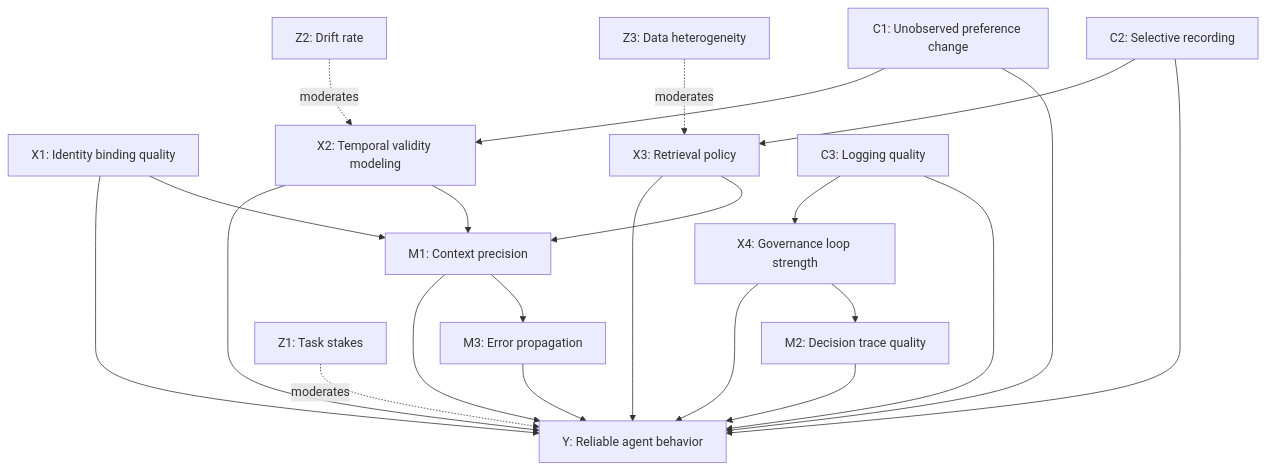
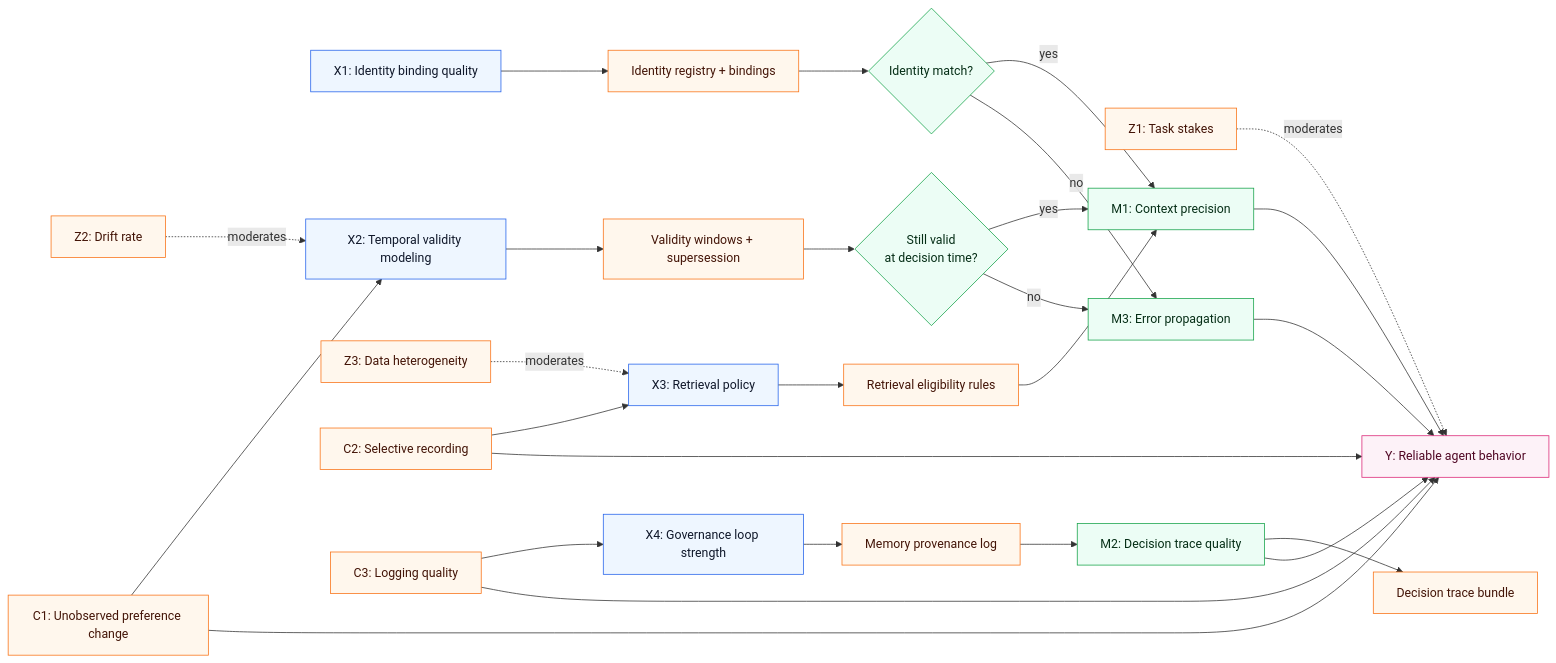
The first of 3 diagrams in docs/blog/posts/memory-needs-identity-governance-and-decay.md (5Reasons/5reasons.github.io), drawn with Mermaid before and after one commit. The commit also changed other lines of this file and 14 other files, not shown here.

First line of the commit message:
Refactor diagrams and improve clarity in blog posts and case studies

````diff
--- a/docs/blog/posts/memory-needs-identity-governance-and-decay.md
+++ b/docs/blog/posts/memory-needs-identity-governance-and-decay.md
@@ -72,31 +72,68 @@
 ```mermaid
-graph TD;
-  Y["Y: Reliable agent behavior"];
+flowchart LR
+  %% Inputs
+  X1["X1: Identity binding quality"]:::i
+  X2["X2: Temporal validity modeling"]:::i
+  X3["X3: Retrieval policy"]:::i
+  X4["X4: Governance loop strength"]:::i
 
-  X1["X1: Identity binding quality"] --> Y;
-  X2["X2: Temporal validity modeling"] --> Y;
-  X3["X3: Retrieval policy"] --> Y;
-  X4["X4: Governance loop strength"] --> Y;
+  %% Confounders / moderators
+  Z1["Z1: Task stakes"]:::r
+  Z2["Z2: Drift rate"]:::r
+  Z3["Z3: Data heterogeneity"]:::r
+  C1["C1: Unobserved preference change"]:::r
+  C2["C2: Selective recording"]:::r
+  C3["C3: Logging quality"]:::r
 
-  X1 --> M1["M1: Context precision"];
-  X2 --> M1;
-  X3 --> M1;
-  M1 --> Y;
+  %% Eligibility gates
+  G1{"Identity match?"}:::p
+  G2{"Still valid<br>at decision time?"}:::p
 
-  X4 --> M2["M2: Decision trace quality"];
-  M2 --> Y;
+  %% Mediators
+  M1["M1: Context precision"]:::p
+  M2["M2: Decision trace quality"]:::p
+  M3["M3: Error propagation"]:::p
 
-  M1 --> M3["M3: Error propagation"];
-  M3 --> Y;
+  %% Records / artifacts
+  R1["Identity registry + bindings"]:::r
+  R2["Validity windows + supersession"]:::r
+  R3["Retrieval eligibility rules"]:::r
+  R4["Memory provenance log"]:::r
+  R5["Decision trace bundle"]:::r
 
-  Z1["Z1: Task stakes"] -. moderates .-> Y;
-  Z2["Z2: Drift rate"] -. moderates .-> X2;
-  Z3["Z3: Data heterogeneity"] -. moderates .-> X3;
+  %% Outcome
+  Y["Y: Reliable agent behavior"]:::o
 
-  C1["C1: Unobserved preference change"] --> X2;
-  C1 --> Y;
-  C2["C2: Selective recording"] --> X3;
-  C2 --> Y;
-  C3["C3: Logging quality"] --> X4;
-  C3 --> Y;
+  %% Links
+  X1 --> R1 --> G1
+  X2 --> R2 --> G2
+  X3 --> R3 --> M1
+  X4 --> R4 --> M2 --> R5
+
+  G1 -- yes --> M1
+  G1 -- no --> M3
+  G2 -- yes --> M1
+  G2 -- no --> M3
+
+  M1 --> Y
+  M2 --> Y
+  M3 --> Y
+
+  %% Context
+  Z1 -. moderates .-> Y
+  Z2 -. moderates .-> X2
+  Z3 -. moderates .-> X3
+
+  C1 --> X2
+  C1 --> Y
+  C2 --> X3
+  C2 --> Y
+  C3 --> X4
+  C3 --> Y
+
+  %% brModel styles
+  classDef i fill:#eef6ff,stroke:#2563eb,stroke-width:1px,color:#0f172a;
+  classDef p fill:#ecfdf5,stroke:#16a34a,stroke-width:1px,color:#052e16;
+  classDef r fill:#fff7ed,stroke:#f97316,stroke-width:1px,color:#431407;
+  classDef o fill:#fdf2f8,stroke:#db2777,stroke-width:1px,color:#500724;
 ```
````
